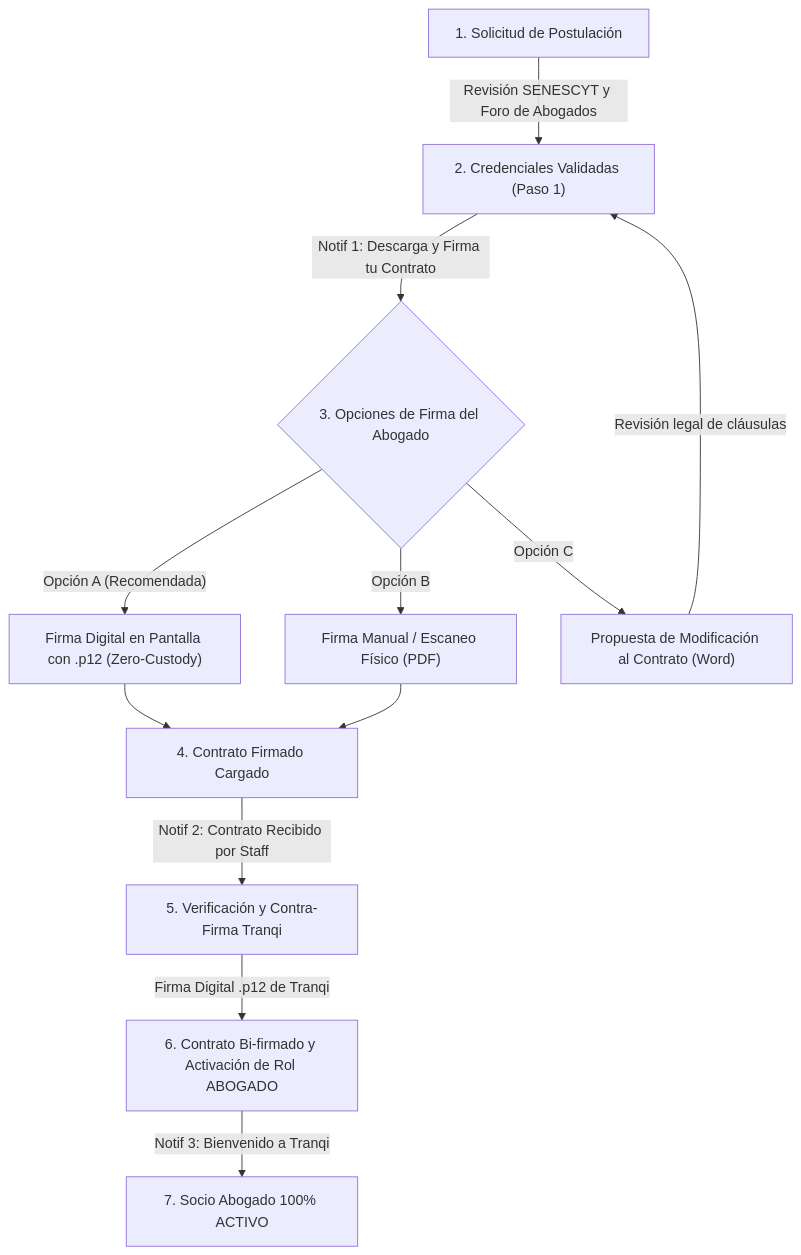
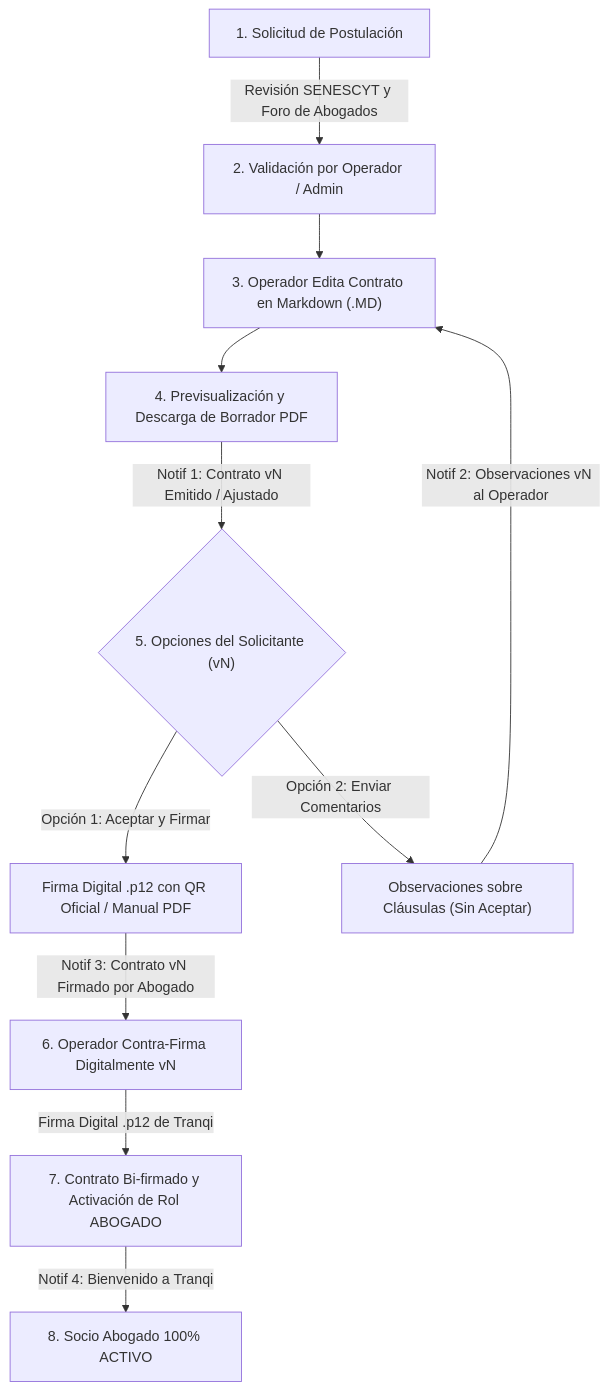
The diagram in gobernanza/productos/tranqi/especificacion-funcional.md (klebertoapantadev/ecosistema), drawn with Mermaid before and after one commit. The commit also changed other lines of this file and 7 other files, not shown here.

Commit message:
feat(tranqi): incorporar edicion de contrato en markdown por operador, opciones duales de postulante, versionamiento inmutable y notificaciones bidireccionales

````diff
--- a/gobernanza/productos/tranqi/especificacion-funcional.md
+++ b/gobernanza/productos/tranqi/especificacion-funcional.md
@@ -118,14 +118,13 @@
 ```mermaid
 graph TD
-    A["1. Solicitud de Postulación"] -->|Revisión SENESCYT y Foro de Abogados| B["2. Credenciales Validadas (Paso 1)"]
-    B -->|Notif 1: Descarga y Firma tu Contrato| C{"3. Opciones de Firma del Abogado"}
-    C -->|"Opción A (Recomendada)"| D["Firma Digital en Pantalla con .p12 (Zero-Custody)"]
-    C -->|"Opción B"| E["Firma Manual / Escaneo Físico (PDF)"]
-    C -->|"Opción C"| F["Propuesta de Modificación al Contrato (Word)"]
-    F -->|Revisión legal de cláusulas| B
-    D --> G["4. Contrato Firmado Cargado"]
-    E --> G
-    G -->|Notif 2: Contrato Recibido por Staff| H["5. Verificación y Contra-Firma Tranqi"]
-    H -->|Firma Digital .p12 de Tranqi| I["6. Contrato Bi-firmado y Activación de Rol ABOGADO"]
-    I -->|Notif 3: Bienvenido a Tranqi| J["7. Socio Abogado 100% ACTIVO"]
+    A["1. Solicitud de Postulación"] -->|Revisión SENESCYT y Foro de Abogados| B["2. Validación por Operador / Admin"]
+    B --> C["3. Operador Edita Contrato en Markdown (.MD)"]
+    C --> D["4. Previsualización y Descarga de Borrador PDF"]
+    D -->|Notif 1: Contrato vN Emitido / Ajustado| E{"5. Opciones del Solicitante (vN)"}
+    E -->|"Opción 1: Aceptar y Firmar"| F["Firma Digital .p12 con QR Oficial / Manual PDF"]
+    E -->|"Opción 2: Enviar Comentarios"| G["Observaciones sobre Cláusulas (Sin Aceptar)"]
+    G -->|Notif 2: Observaciones vN al Operador| C
+    F -->|Notif 3: Contrato vN Firmado por Abogado| H["6. Operador Contra-Firma Digitalmente vN"]
+    H -->|Firma Digital .p12 de Tranqi| I["7. Contrato Bi-firmado y Activación de Rol ABOGADO"]
+    I -->|Notif 4: Bienvenido a Tranqi| J["8. Socio Abogado 100% ACTIVO"]
 ```
````
